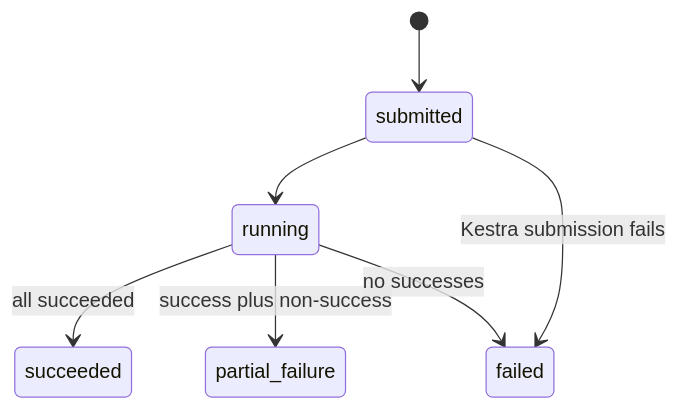
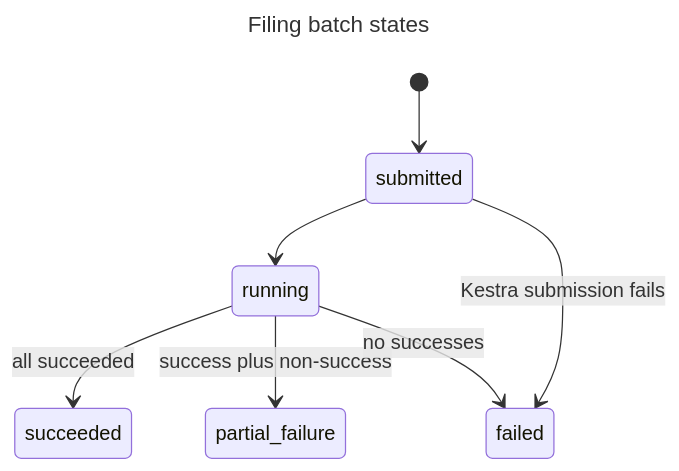
Before and after one commit to hongchit/sec-filing-rag-poc: the fourth of 4 diagrams in docs/orchestration.md, drawn with Mermaid. The commit also changed other lines of this file and 43 other files, not shown here.

````diff
--- a/docs/orchestration.md
+++ b/docs/orchestration.md
@@ -67,9 +76,12 @@
 ```mermaid
+---
+title: Filing batch states
+---
 stateDiagram-v2
   [*] --> submitted
   submitted --> running
   submitted --> failed: Kestra submission fails
   running --> succeeded: all succeeded
   running --> partial_failure: success plus non-success
   running --> failed: no successes
 ```
````
